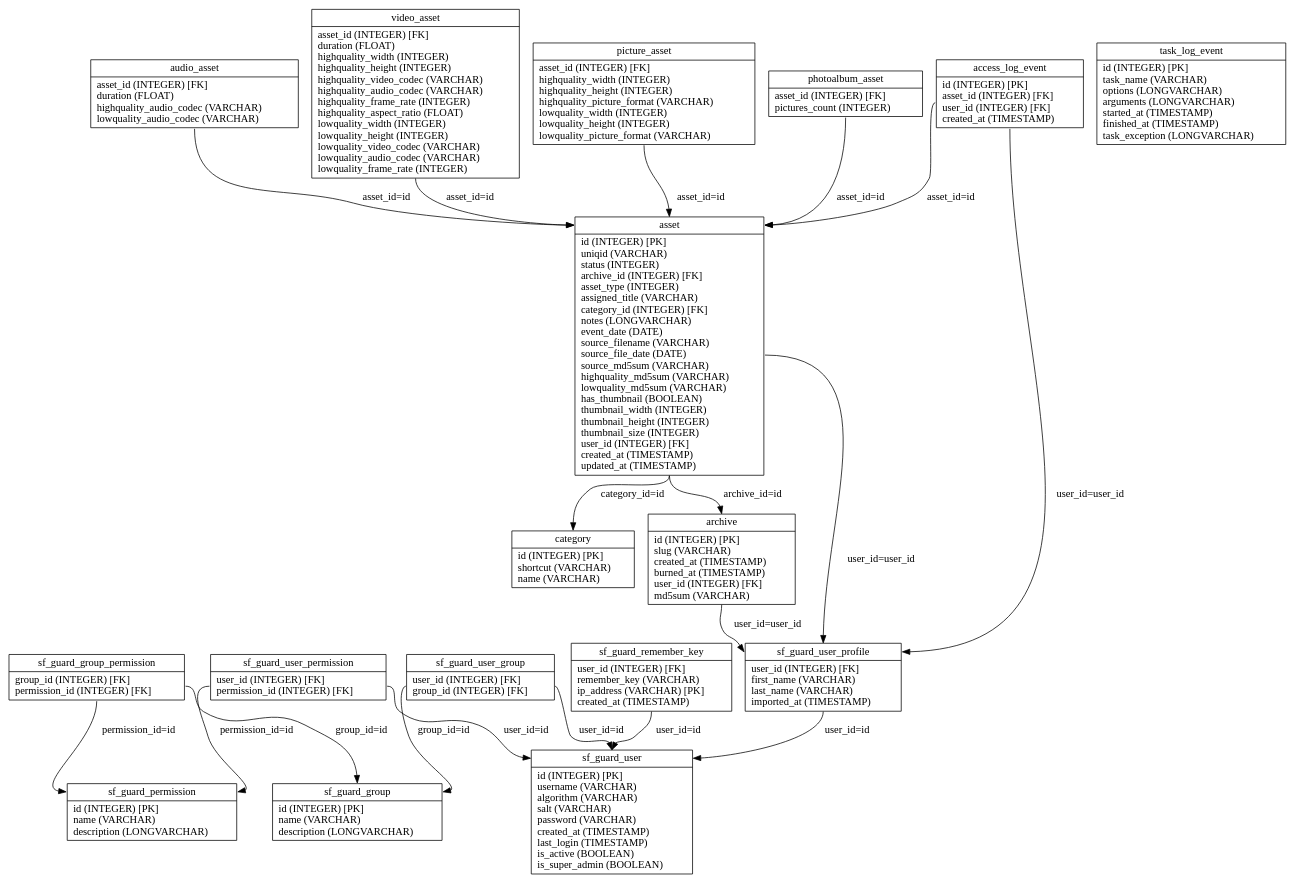
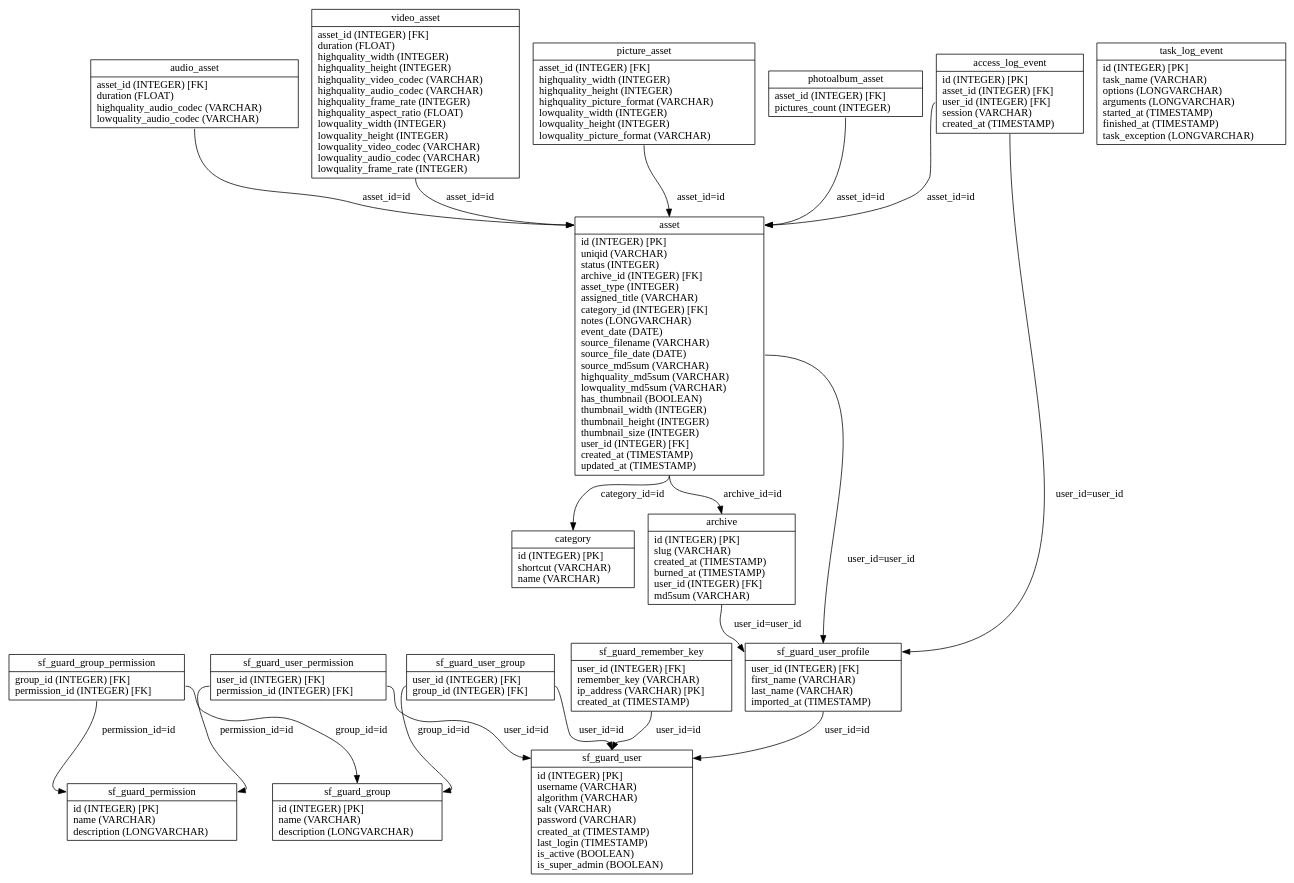
Before and after one commit to loristissino/wviola: the diagram in graph/propel.schema.dot, drawn with Graphviz. The commit also changed 6 other files, not shown here.

```diff
--- a/graph/propel.schema.dot
+++ b/graph/propel.schema.dot
@@ -1,38 +1,38 @@
 digraph G {
 nodesf_guard_group [label="{<table>sf_guard_group|<cols>id (INTEGER) [PK]\lname (VARCHAR)\ldescription (LONGVARCHAR)\l}", shape=record];
 nodesf_guard_permission [label="{<table>sf_guard_permission|<cols>id (INTEGER) [PK]\lname (VARCHAR)\ldescription (LONGVARCHAR)\l}", shape=record];
 nodesf_guard_group_permission [label="{<table>sf_guard_group_permission|<cols>group_id (INTEGER) [FK]\lpermission_id (INTEGER) [FK]\l}", shape=record];
 nodesf_guard_user [label="{<table>sf_guard_user|<cols>id (INTEGER) [PK]\lusername (VARCHAR)\lalgorithm (VARCHAR)\lsalt (VARCHAR)\lpassword (VARCHAR)\lcreated_at (TIMESTAMP)\llast_login (TIMESTAMP)\lis_active (BOOLEAN)\lis_super_admin (BOOLEAN)\l}", shape=record];
 nodesf_guard_user_permission [label="{<table>sf_guard_user_permission|<cols>user_id (INTEGER) [FK]\lpermission_id (INTEGER) [FK]\l}", shape=record];
 nodesf_guard_user_group [label="{<table>sf_guard_user_group|<cols>user_id (INTEGER) [FK]\lgroup_id (INTEGER) [FK]\l}", shape=record];
 nodesf_guard_remember_key [label="{<table>sf_guard_remember_key|<cols>user_id (INTEGER) [FK]\lremember_key (VARCHAR)\lip_address (VARCHAR) [PK]\lcreated_at (TIMESTAMP)\l}", shape=record];
 nodesf_guard_user_profile [label="{<table>sf_guard_user_profile|<cols>user_id (INTEGER) [FK]\lfirst_name (VARCHAR)\llast_name (VARCHAR)\limported_at (TIMESTAMP)\l}", shape=record];
 nodeasset [label="{<table>asset|<cols>id (INTEGER) [PK]\luniqid (VARCHAR)\lstatus (INTEGER)\larchive_id (INTEGER) [FK]\lasset_type (INTEGER)\lassigned_title (VARCHAR)\lcategory_id (INTEGER) [FK]\lnotes (LONGVARCHAR)\levent_date (DATE)\lsource_filename (VARCHAR)\lsource_file_date (DATE)\lsource_md5sum (VARCHAR)\lhighquality_md5sum (VARCHAR)\llowquality_md5sum (VARCHAR)\lhas_thumbnail (BOOLEAN)\lthumbnail_width (INTEGER)\lthumbnail_height (INTEGER)\lthumbnail_size (INTEGER)\luser_id (INTEGER) [FK]\lcreated_at (TIMESTAMP)\lupdated_at (TIMESTAMP)\l}", shape=record];
 nodevideo_asset [label="{<table>video_asset|<cols>asset_id (INTEGER) [FK]\lduration (FLOAT)\lhighquality_width (INTEGER)\lhighquality_height (INTEGER)\lhighquality_video_codec (VARCHAR)\lhighquality_audio_codec (VARCHAR)\lhighquality_frame_rate (INTEGER)\lhighquality_aspect_ratio (FLOAT)\llowquality_width (INTEGER)\llowquality_height (INTEGER)\llowquality_video_codec (VARCHAR)\llowquality_audio_codec (VARCHAR)\llowquality_frame_rate (INTEGER)\l}", shape=record];
 nodepicture_asset [label="{<table>picture_asset|<cols>asset_id (INTEGER) [FK]\lhighquality_width (INTEGER)\lhighquality_height (INTEGER)\lhighquality_picture_format (VARCHAR)\llowquality_width (INTEGER)\llowquality_height (INTEGER)\llowquality_picture_format (VARCHAR)\l}", shape=record];
 nodephotoalbum_asset [label="{<table>photoalbum_asset|<cols>asset_id (INTEGER) [FK]\lpictures_count (INTEGER)\l}", shape=record];
 nodeaudio_asset [label="{<table>audio_asset|<cols>asset_id (INTEGER) [FK]\lduration (FLOAT)\lhighquality_audio_codec (VARCHAR)\llowquality_audio_codec (VARCHAR)\l}", shape=record];
 nodearchive [label="{<table>archive|<cols>id (INTEGER) [PK]\lslug (VARCHAR)\lcreated_at (TIMESTAMP)\lburned_at (TIMESTAMP)\luser_id (INTEGER) [FK]\lmd5sum (VARCHAR)\l}", shape=record];
 nodecategory [label="{<table>category|<cols>id (INTEGER) [PK]\lshortcut (VARCHAR)\lname (VARCHAR)\l}", shape=record];
-nodeaccess_log_event [label="{<table>access_log_event|<cols>id (INTEGER) [PK]\lasset_id (INTEGER) [FK]\luser_id (INTEGER) [FK]\lcreated_at (TIMESTAMP)\l}", shape=record];
+nodeaccess_log_event [label="{<table>access_log_event|<cols>id (INTEGER) [PK]\lasset_id (INTEGER) [FK]\luser_id (INTEGER) [FK]\lsession (VARCHAR)\lcreated_at (TIMESTAMP)\l}", shape=record];
 nodetask_log_event [label="{<table>task_log_event|<cols>id (INTEGER) [PK]\ltask_name (VARCHAR)\loptions (LONGVARCHAR)\larguments (LONGVARCHAR)\lstarted_at (TIMESTAMP)\lfinished_at (TIMESTAMP)\ltask_exception (LONGVARCHAR)\l}", shape=record];
 
 nodesf_guard_group_permission:cols -> nodesf_guard_group:table [label="group_id=id "];
 nodesf_guard_group_permission:cols -> nodesf_guard_permission:table [label="permission_id=id "];
 nodesf_guard_user_permission:cols -> nodesf_guard_user:table [label="user_id=id "];
 nodesf_guard_user_permission:cols -> nodesf_guard_permission:table [label="permission_id=id "];
 nodesf_guard_user_group:cols -> nodesf_guard_user:table [label="user_id=id "];
 nodesf_guard_user_group:cols -> nodesf_guard_group:table [label="group_id=id "];
 nodesf_guard_remember_key:cols -> nodesf_guard_user:table [label="user_id=id "];
 nodesf_guard_user_profile:cols -> nodesf_guard_user:table [label="user_id=id "];
 nodeasset:cols -> nodearchive:table [label="archive_id=id "];
 nodeasset:cols -> nodecategory:table [label="category_id=id "];
 nodeasset:cols -> nodesf_guard_user_profile:table [label="user_id=user_id "];
 nodevideo_asset:cols -> nodeasset:table [label="asset_id=id "];
 nodepicture_asset:cols -> nodeasset:table [label="asset_id=id "];
 nodephotoalbum_asset:cols -> nodeasset:table [label="asset_id=id "];
 nodeaudio_asset:cols -> nodeasset:table [label="asset_id=id "];
 nodearchive:cols -> nodesf_guard_user_profile:table [label="user_id=user_id "];
 nodeaccess_log_event:cols -> nodeasset:table [label="asset_id=id "];
 nodeaccess_log_event:cols -> nodesf_guard_user_profile:table [label="user_id=user_id "];
 }
```
